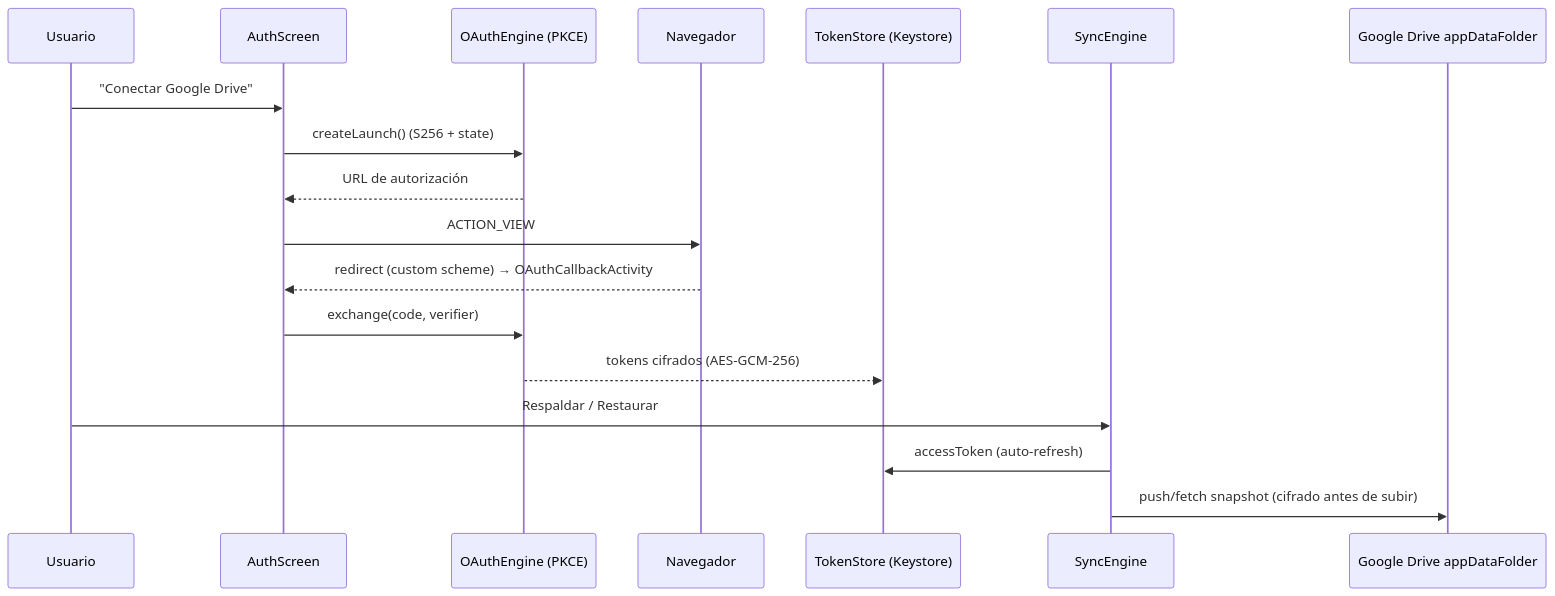
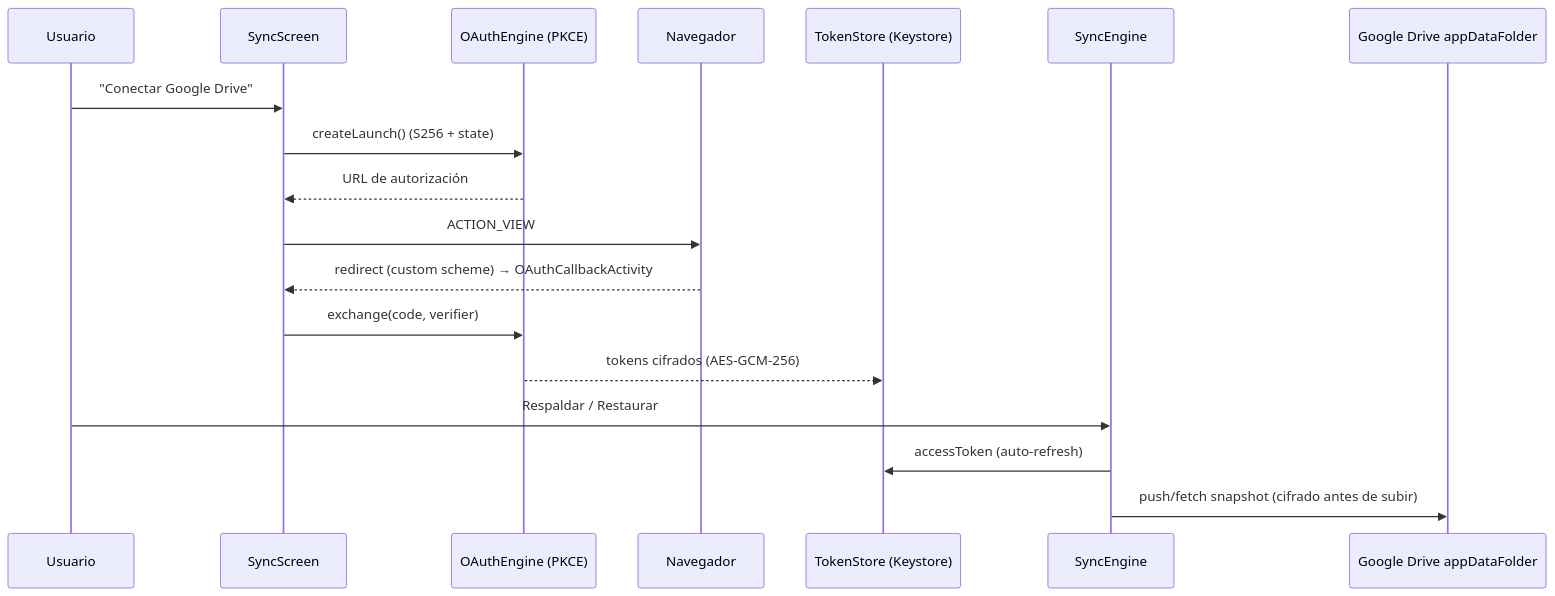
Before and after one commit to MREmmanuel09/LinguaGo: the second of 3 diagrams in ARCHITECTURE.md, drawn with Mermaid. The commit also changed other lines of this file and 112 other files, not shown here.

````diff
--- a/ARCHITECTURE.md
+++ b/ARCHITECTURE.md
@@ -161,21 +165,21 @@
 ```mermaid
 sequenceDiagram
     participant U as Usuario
-    participant A as AuthScreen
+    participant A as SyncScreen
     participant E as OAuthEngine (PKCE)
     participant B as Navegador
     participant T as TokenStore (Keystore)
     participant S as SyncEngine
     participant D as Google Drive appDataFolder
 
     U->>A: "Conectar Google Drive"
     A->>E: createLaunch() (S256 + state)
     E-->>A: URL de autorización
     A->>B: ACTION_VIEW
     B-->>A: redirect (custom scheme) → OAuthCallbackActivity
     A->>E: exchange(code, verifier)
     E-->>T: tokens cifrados (AES-GCM-256)
     U->>S: Respaldar / Restaurar
     S->>T: accessToken (auto-refresh)
     S->>D: push/fetch snapshot (cifrado antes de subir)
 ```
````
